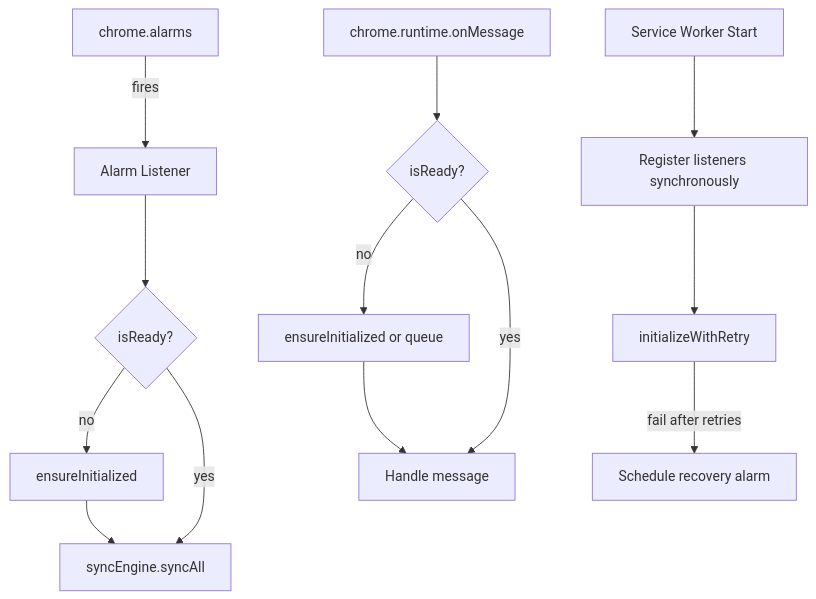
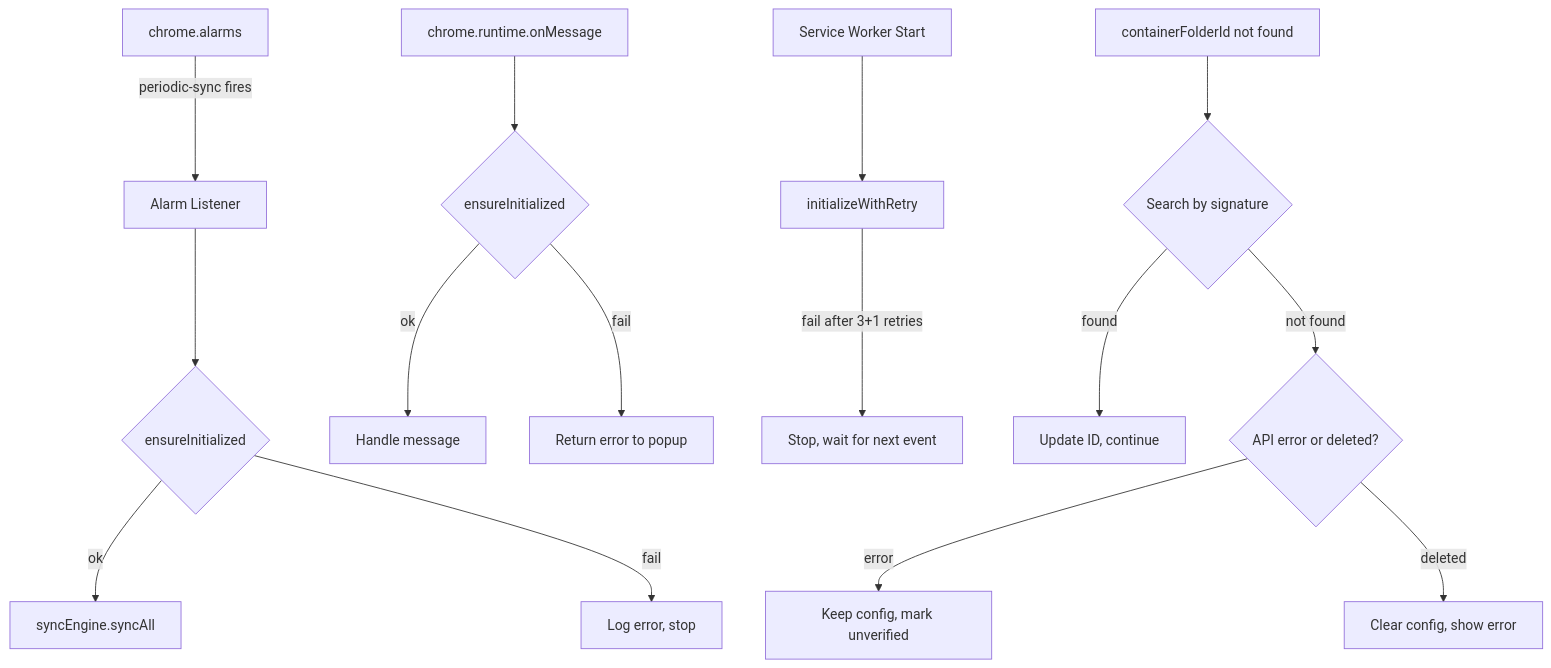
One commit to kundeng/tabgroupsync changed the first of 2 diagrams in .kiro/specs/sw-reliability/design.md. Above: the diagram before and after it, drawn with Mermaid. The commit also changed other lines of this file and 3 other files, not shown here.

````diff
--- a/.kiro/specs/sw-reliability/design.md
+++ b/.kiro/specs/sw-reliability/design.md
@@ -13,15 +13,17 @@
 ```mermaid
 graph TD
-    A[chrome.alarms] -->|fires| B[Alarm Listener]
-    B --> C{isReady?}
-    C -->|no| D[ensureInitialized]
-    C -->|yes| E[syncEngine.syncAll]
-    D --> E
-    F[chrome.runtime.onMessage] --> G{isReady?}
-    G -->|no| H[ensureInitialized or queue]
-    G -->|yes| I[Handle message]
-    H --> I
-    J[Service Worker Start] --> K[Register listeners synchronously]
-    K --> L[initializeWithRetry]
-    L -->|fail after retries| M[Schedule recovery alarm]
+    A[chrome.alarms] -->|periodic-sync fires| B[Alarm Listener]
+    B --> C{ensureInitialized}
+    C -->|ok| D[syncEngine.syncAll]
+    C -->|fail| E[Log error, stop]
+    F[chrome.runtime.onMessage] --> G{ensureInitialized}
+    G -->|ok| H[Handle message]
+    G -->|fail| I[Return error to popup]
+    J[Service Worker Start] --> K[initializeWithRetry]
+    K -->|fail after 3+1 retries| L[Stop, wait for next event]
+    M[containerFolderId not found] --> N{Search by signature}
+    N -->|found| O[Update ID, continue]
+    N -->|not found| P{API error or deleted?}
+    P -->|error| Q[Keep config, mark unverified]
+    P -->|deleted| R[Clear config, show error]
 ```
````
